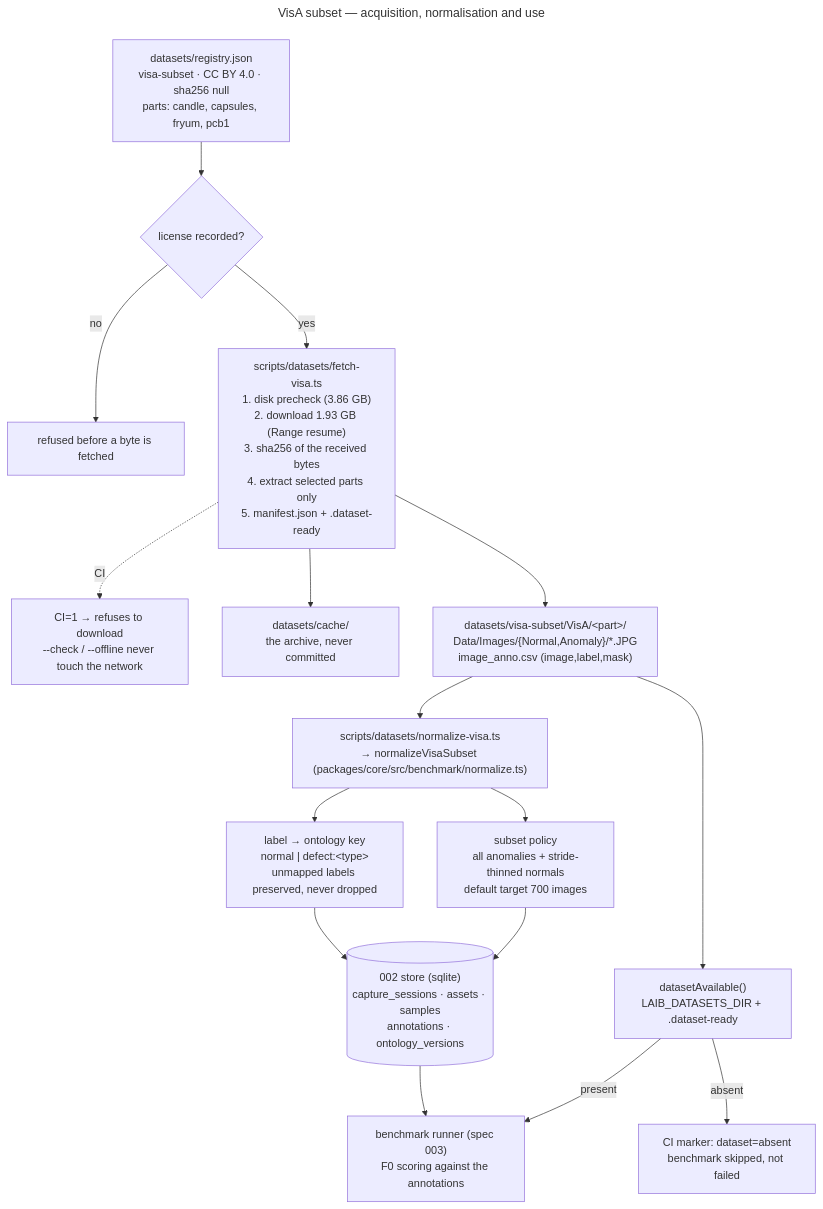
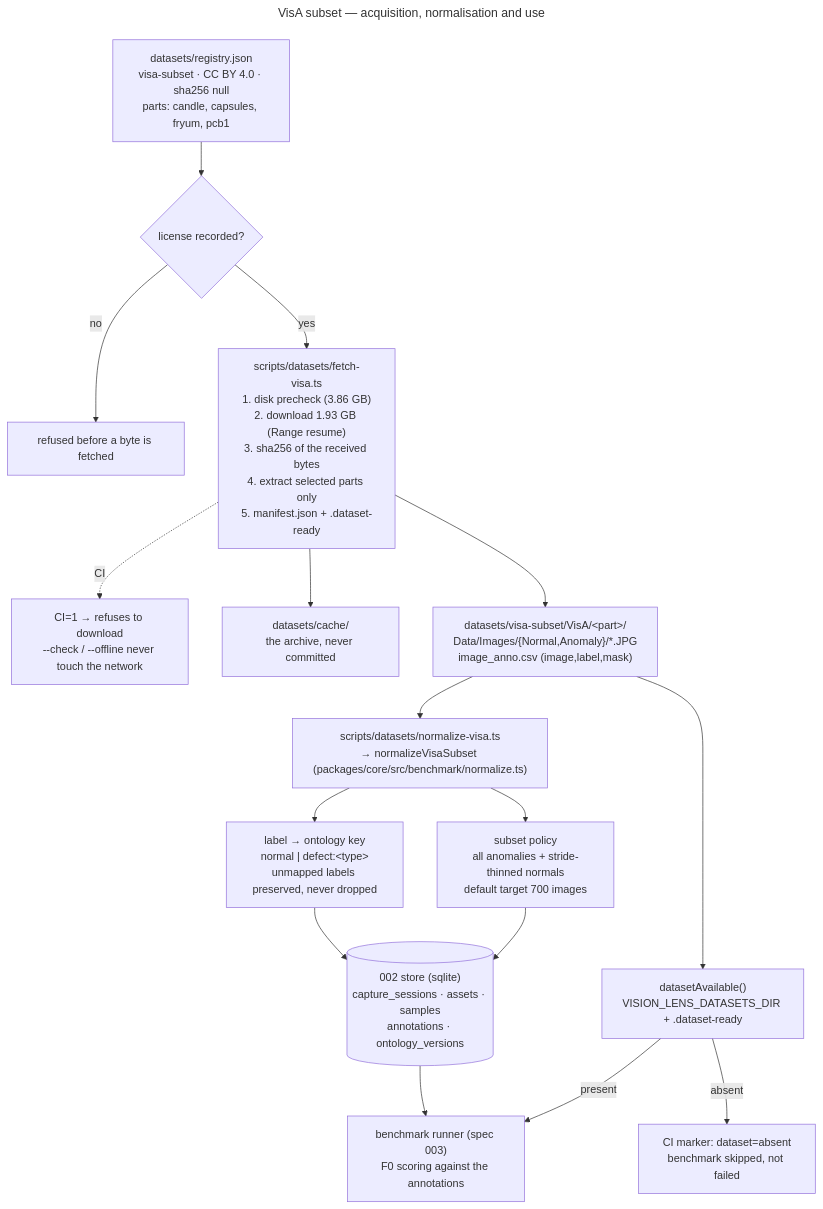
Before and after one commit to erikunha/LAIbemage: the diagram in docs/datasets/visa.md, drawn with Mermaid. The commit also changed other lines of this file and 23 other files, not shown here.

First line of the commit message:
docs(repo): rename the documentation to vision-lens

````diff
--- a/docs/datasets/visa.md
+++ b/docs/datasets/visa.md
@@ -10,38 +10,38 @@
 ```mermaid
 ---
 title: VisA subset — acquisition, normalisation and use
 ---
 flowchart TD
     REG["datasets/registry.json<br/>visa-subset · CC BY 4.0 · sha256 null<br/>parts: candle, capsules, fryum, pcb1"]
     LIC{"license recorded?"}
 
     FETCH["scripts/datasets/fetch-visa.ts<br/>1. disk precheck (3.86 GB)<br/>2. download 1.93 GB (Range resume)<br/>3. sha256 of the received bytes<br/>4. extract selected parts only<br/>5. manifest.json + .dataset-ready"]
     CI["CI=1 → refuses to download<br/>--check / --offline never touch the network"]
     CACHE["datasets/cache/<br/>the archive, never committed"]
     SUB["datasets/visa-subset/VisA/&lt;part&gt;/<br/>Data/Images/{Normal,Anomaly}/*.JPG<br/>image_anno.csv (image,label,mask)"]
 
     NORM["scripts/datasets/normalize-visa.ts<br/>→ normalizeVisaSubset (packages/core/src/benchmark/normalize.ts)"]
     KEY["label → ontology key<br/>normal | defect:&lt;type&gt;<br/>unmapped labels preserved, never dropped"]
     POL["subset policy<br/>all anomalies + stride-thinned normals<br/>default target 700 images"]
     STORE[("002 store (sqlite)<br/>capture_sessions · assets · samples<br/>annotations · ontology_versions")]
 
-    AVAIL["datasetAvailable()<br/>LAIB_DATASETS_DIR + .dataset-ready"]
+    AVAIL["datasetAvailable()<br/>VISION_LENS_DATASETS_DIR + .dataset-ready"]
     ABSENT["CI marker: dataset=absent<br/>benchmark skipped, not failed"]
     RUNNER["benchmark runner (spec 003)<br/>F0 scoring against the annotations"]
 
     REG --> LIC
     LIC -- "no" --> REFUSE["refused before a byte is fetched"]
     LIC -- "yes" --> FETCH
     FETCH -. "CI" .-> CI
     FETCH --> CACHE
     FETCH --> SUB
     SUB --> NORM
     NORM --> KEY
     NORM --> POL
     KEY --> STORE
     POL --> STORE
     SUB --> AVAIL
     AVAIL -- "present" --> RUNNER
     AVAIL -- "absent" --> ABSENT
     STORE --> RUNNER
 ```
````
